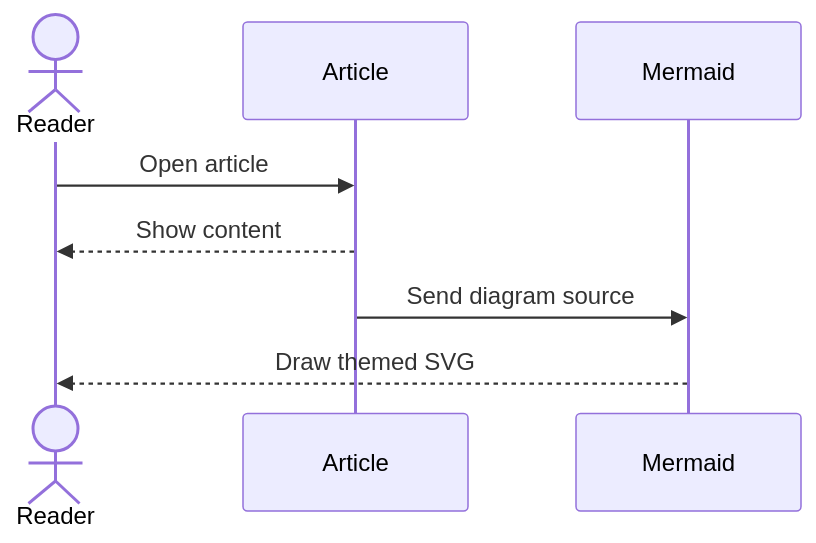
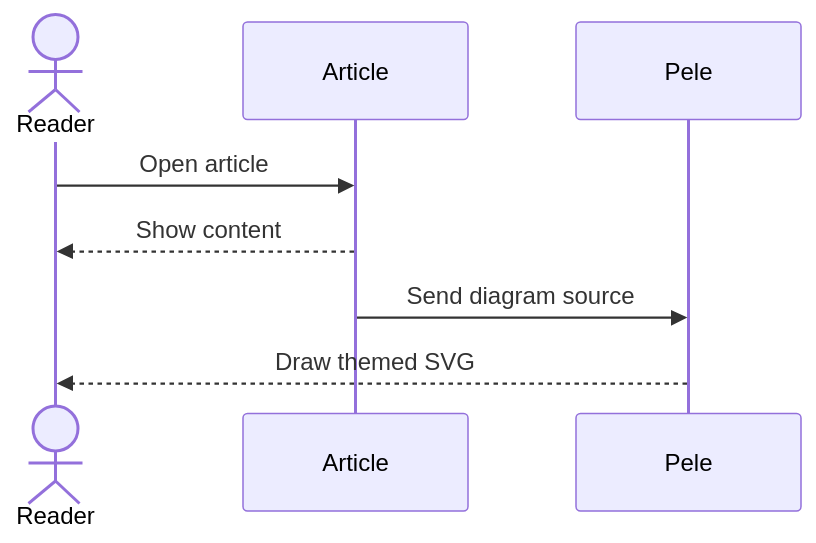
One commit to f0rr0/f0rr0.dev changed the third of 4 diagrams in src/content/blog/kitchen-sink/page.mdx. Above: the diagram before and after it, drawn with Mermaid. The commit also changed other lines of this file and 6 other files, not shown here.

Commit message:
refactor(blog): render Mermaid diagrams with Pele (#191)

````diff
--- a/src/content/blog/kitchen-sink/page.mdx
+++ b/src/content/blog/kitchen-sink/page.mdx
@@ -350,12 +346,12 @@
 ```mermaid
 sequenceDiagram
   accTitle: Rendering a diagram
-  accDescr: The reader opens the article and Mermaid renders its source.
+  accDescr: The reader opens the article and Pele renders its Mermaid source.
   actor Reader
   participant Blog as Article
-  participant Renderer as Mermaid
+  participant Renderer as Pele
   Reader->>Blog: Open article
   Blog-->>Reader: Show content
   Blog->>Renderer: Send diagram source
   Renderer-->>Reader: Draw themed SVG
 ```
````
